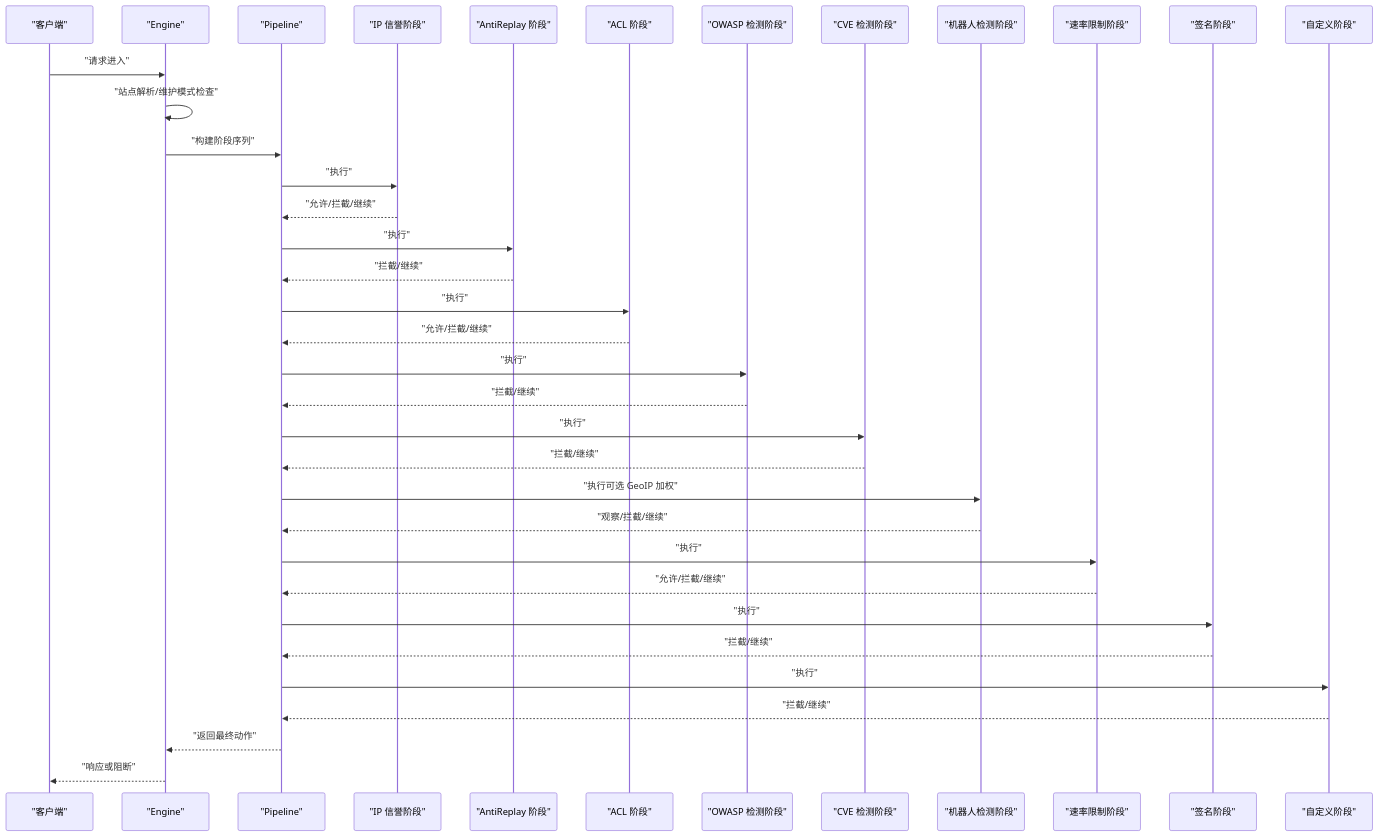
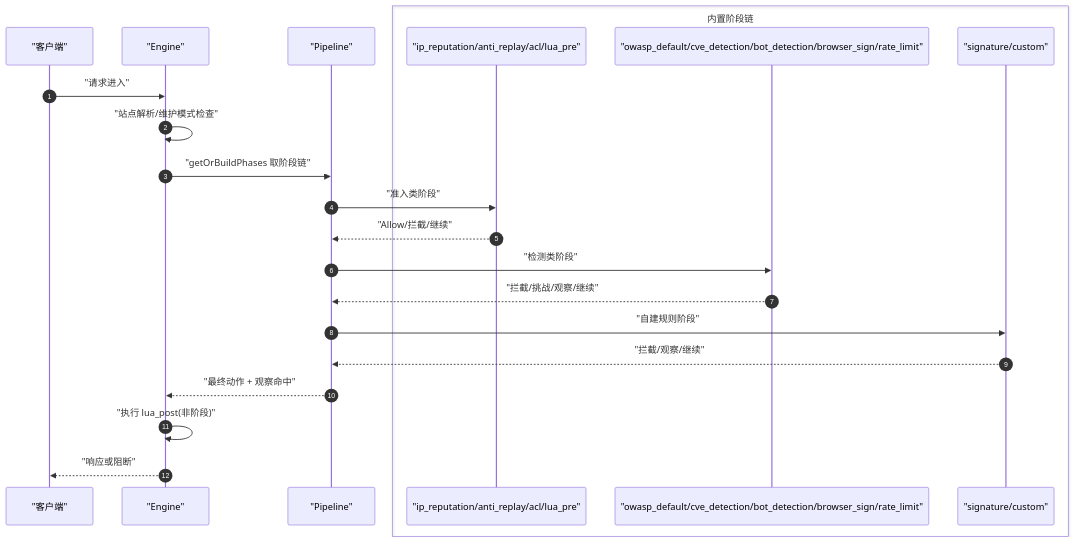
The third of 10 diagrams in docs/WAF 引擎系统/处理阶段详解/处理阶段详解.md (x01n/My-OpenWaf), drawn with Mermaid before and after one commit. The commit also changed other lines of this file and 622 other files, not shown here.

````diff
--- a/docs/WAF 引擎系统/处理阶段详解/处理阶段详解.md
+++ b/docs/WAF 引擎系统/处理阶段详解/处理阶段详解.md
@@ -84,38 +147,24 @@
 ```mermaid
 sequenceDiagram
-participant Client as "客户端"
-participant Engine as "Engine"
-participant Pipe as "Pipeline"
-participant IPRep as "IP 信誉阶段"
-participant AR as "AntiReplay 阶段"
-participant ACL as "ACL 阶段"
-participant OWASP as "OWASP 检测阶段"
-participant CVE as "CVE 检测阶段"
-participant Bot as "机器人检测阶段"
-participant RL as "速率限制阶段"
-participant Sig as "签名阶段"
-participant Custom as "自定义阶段"
-Client->>Engine : "请求进入"
-Engine->>Engine : "站点解析/维护模式检查"
-Engine->>Pipe : "构建阶段序列"
-Pipe->>IPRep : "执行"
-IPRep-->>Pipe : "允许/拦截/继续"
-Pipe->>AR : "执行"
-AR-->>Pipe : "拦截/继续"
-Pipe->>ACL : "执行"
-ACL-->>Pipe : "允许/拦截/继续"
-Pipe->>OWASP : "执行"
-OWASP-->>Pipe : "拦截/继续"
-Pipe->>CVE : "执行"
-CVE-->>Pipe : "拦截/继续"
-Pipe->>Bot : "执行可选 GeoIP 加权"
-Bot-->>Pipe : "观察/拦截/继续"
-Pipe->>RL : "执行"
-RL-->>Pipe : "允许/拦截/继续"
-Pipe->>Sig : "执行"
-Sig-->>Pipe : "拦截/继续"
-Pipe->>Custom : "执行"
-Custom-->>Pipe : "拦截/继续"
-Pipe-->>Engine : "返回最终动作"
-Engine-->>Client : "响应或阻断"
+  autonumber
+  participant Client as "客户端"
+  participant Engine as "Engine"
+  participant Pipe as "Pipeline"
+  box 内置阶段链
+    participant Pre as "ip_reputation/anti_replay/acl/lua_pre"
+    participant Det as "owasp_default/cve_detection/bot_detection/browser_sign/rate_limit"
+    participant Usr as "signature/custom"
+  end
+  Client->>Engine : "请求进入"
+  Engine->>Engine : "站点解析/维护模式检查"
+  Engine->>Pipe : "getOrBuildPhases 取阶段链"
+  Pipe->>Pre : "准入类阶段"
+  Pre-->>Pipe : "Allow/拦截/继续"
+  Pipe->>Det : "检测类阶段"
+  Det-->>Pipe : "拦截/挑战/观察/继续"
+  Pipe->>Usr : "自建规则阶段"
+  Usr-->>Pipe : "拦截/观察/继续"
+  Pipe-->>Engine : "最终动作 + 观察命中"
+  Engine->>Engine : "执行 lua_post(非阶段)"
+  Engine-->>Client : "响应或阻断"
 ```
````
